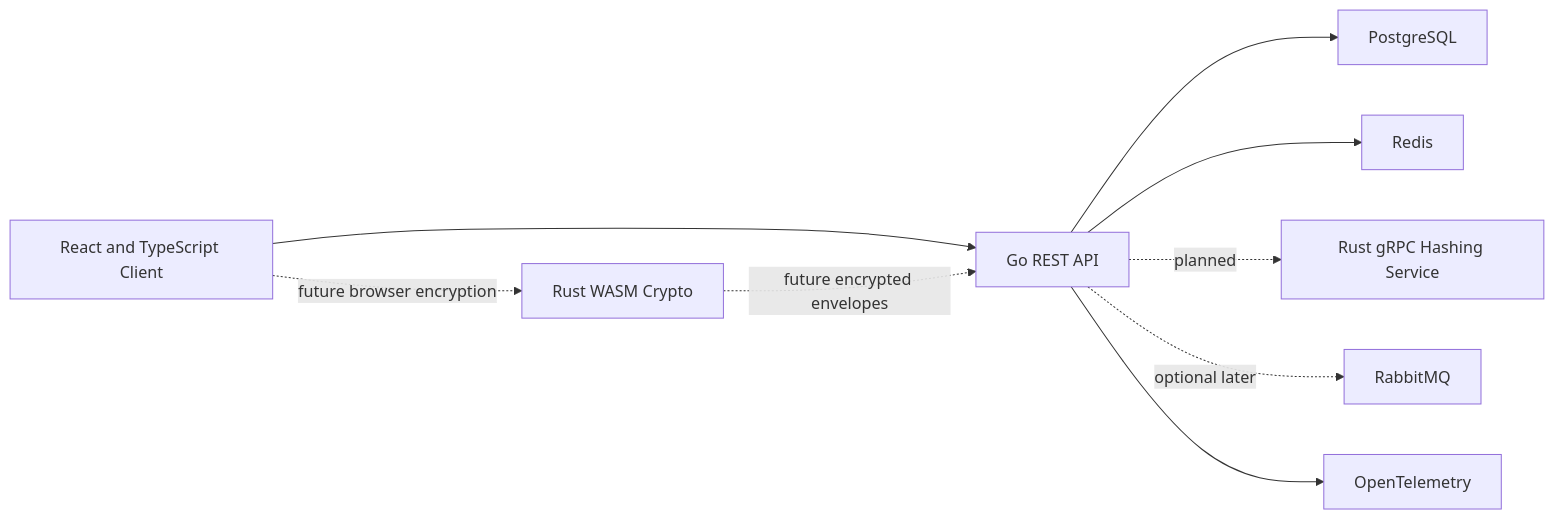
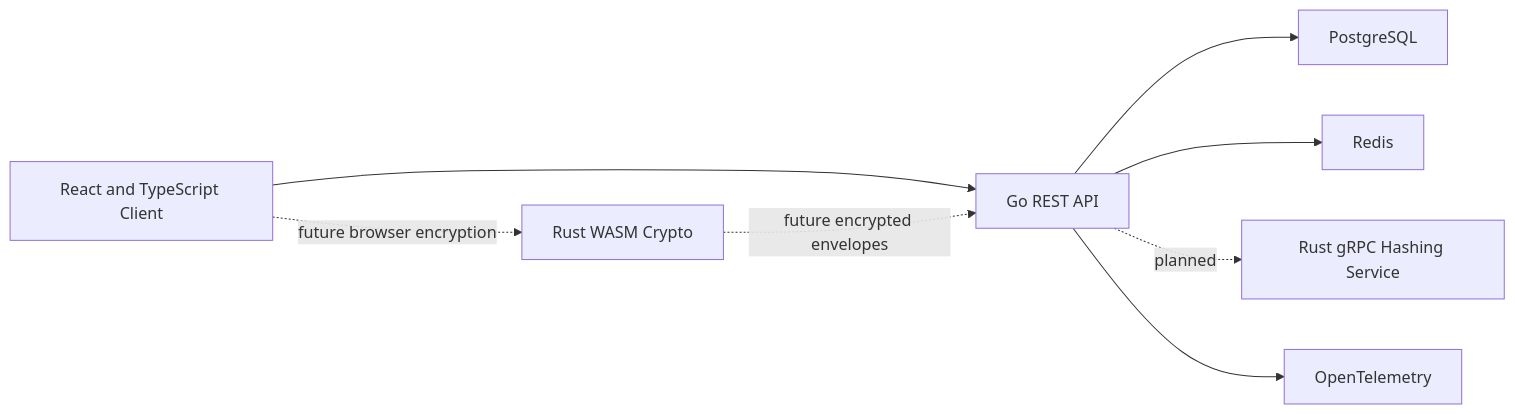
Before and after one commit to martinrgarciap/vaultforge: the diagram in README.md, drawn with Mermaid. The commit also changed other lines of this file and 1 other file, not shown here.

Commit message:
Update readmes to updated flow

````diff
--- a/README.md
+++ b/README.md
@@ -15,11 +15,10 @@
 ```mermaid
 graph LR
     B["React and TypeScript Client"] --> A["Go REST API"]
     A --> P["PostgreSQL"]
     A --> R["Redis"]
     B -. "future browser encryption" .-> W["Rust WASM Crypto"]
     W -. "future encrypted envelopes" .-> A
     A -. "planned" .-> H["Rust gRPC Hashing Service"]
-    A -. "optional later" .-> Q["RabbitMQ"]
     A --> O["OpenTelemetry"]
 ```
````
